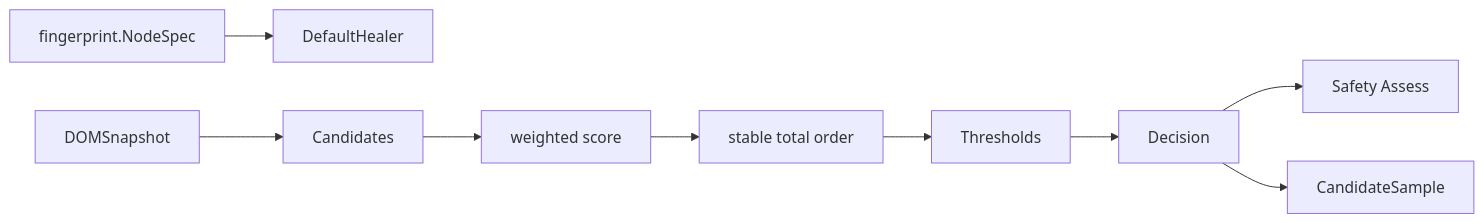
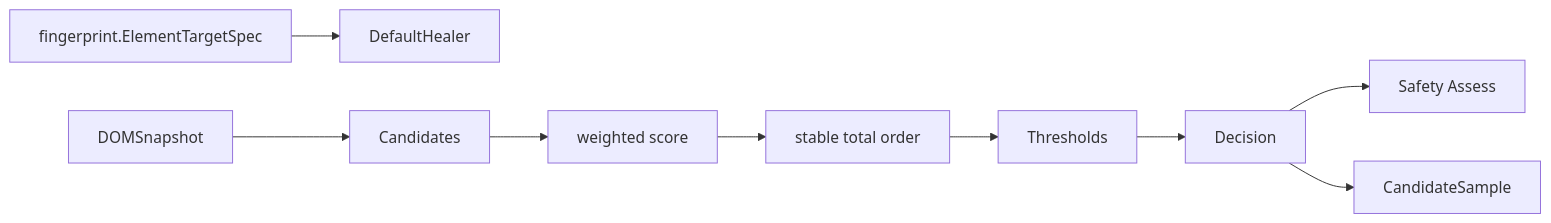
The first of 2 diagrams in docs/domains/heal.md (Capsule7446/healix-core), drawn with Mermaid before and after one commit. The commit also changed other lines of this file and 380 other files, not shown here.

````diff
--- a/docs/domains/heal.md
+++ b/docs/domains/heal.md
@@ -6,11 +9,11 @@
 ```mermaid
 flowchart LR
-  Target[fingerprint.NodeSpec] --> Healer[DefaultHealer]
+  Target[fingerprint.ElementTargetSpec] --> Healer[DefaultHealer]
   Snapshot[DOMSnapshot] --> Candidates
   Candidates --> Score[weighted score]
   Score --> Order[stable total order]
   Order --> Thresholds
   Thresholds --> Decision
   Decision --> Assess[Safety Assess]
   Decision --> Samples[CandidateSample]
 ```
````
